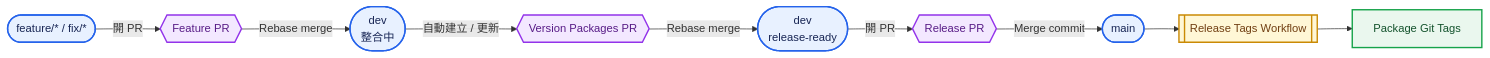
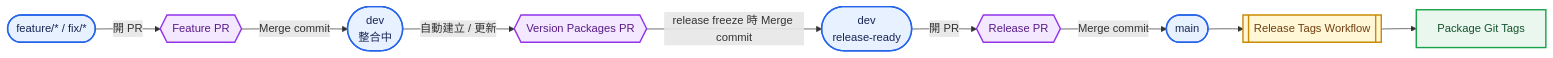
One commit to jchuder/tw-stock-dashboard changed the first of 4 diagrams in docs/versioning-and-releases.md. Above: the diagram before and after it, drawn with Mermaid. The commit also changed other lines of this file and 4 other files, not shown here.

First line of the commit message:
docs(release): Align merge and version PR guidance

````diff
--- a/docs/versioning-and-releases.md
+++ b/docs/versioning-and-releases.md
@@ -10,31 +10,31 @@
 ```mermaid
 flowchart LR
   FEATURE(["feature/* / fix/*"])
   FEATURE_PR{{"Feature PR"}}
   DEV(["dev<br/>整合中"])
   VERSION_PR{{"Version Packages PR"}}
   READY(["dev<br/>release-ready"])
   RELEASE_PR{{"Release PR"}}
   MAIN(["main"])
   TAG_WF[["Release Tags Workflow"]]
   TAGS["Package Git Tags"]
 
   FEATURE -->|"開 PR"| FEATURE_PR
-  FEATURE_PR -->|"Rebase merge"| DEV
+  FEATURE_PR -->|"Merge commit"| DEV
   DEV -->|"自動建立 / 更新"| VERSION_PR
-  VERSION_PR -->|"Rebase merge"| READY
+  VERSION_PR -->|"release freeze 時 Merge commit"| READY
   READY -->|"開 PR"| RELEASE_PR
   RELEASE_PR -->|"Merge commit"| MAIN
   MAIN --> TAG_WF
   TAG_WF --> TAGS
 
   classDef branch fill:#e8f1ff,stroke:#2563eb,stroke-width:2px,color:#172554
   classDef pr fill:#f3e8ff,stroke:#9333ea,stroke-width:2px,color:#581c87
   classDef workflow fill:#fff7d6,stroke:#ca8a04,stroke-width:2px,color:#713f12
   classDef output fill:#eaf7ee,stroke:#16a34a,stroke-width:2px,color:#14532d
 
   class FEATURE,DEV,READY,MAIN branch
   class FEATURE_PR,VERSION_PR,RELEASE_PR pr
   class TAG_WF workflow
   class TAGS output
 ```
````
